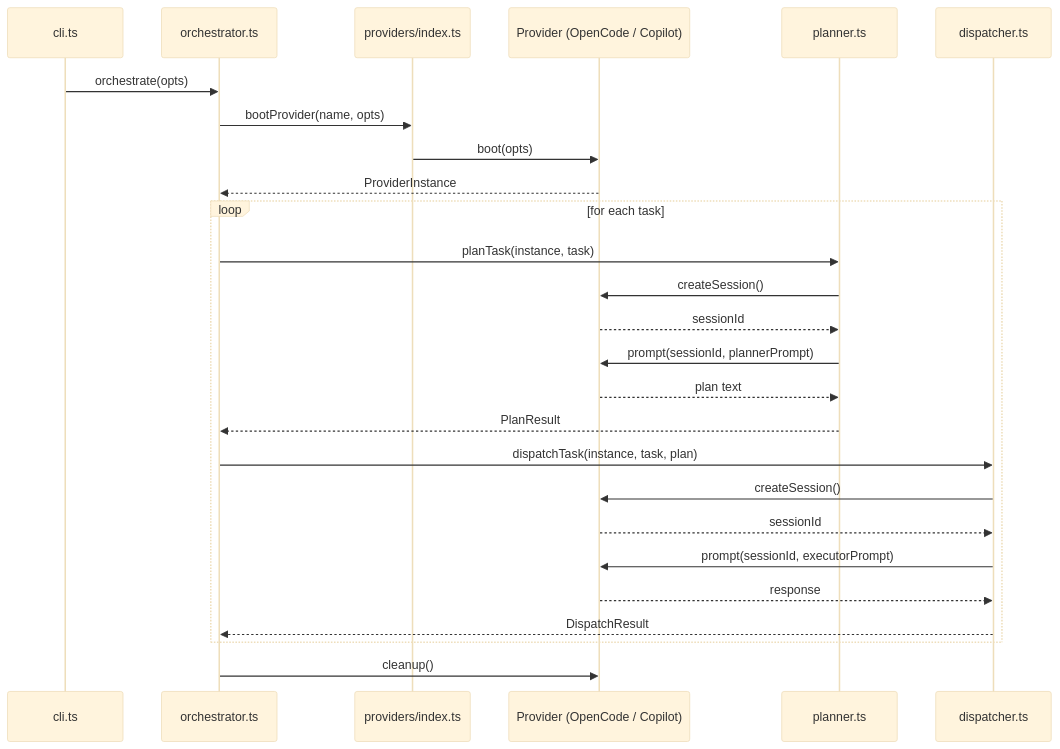
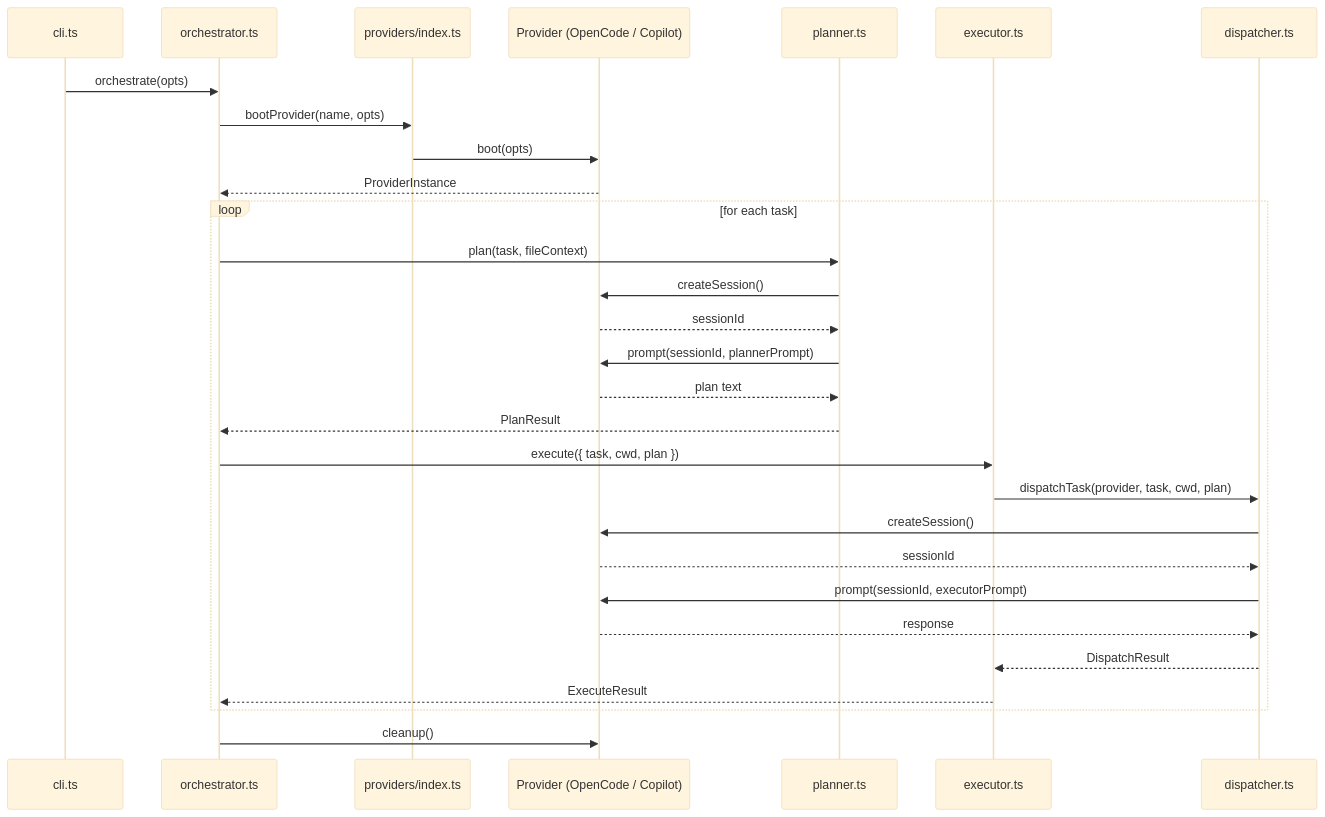
Before and after one commit to PatrickRuddiman/Dispatch: the fifth of 5 diagrams in docs/architecture.md, drawn with Mermaid (base theme). The commit also changed other lines of this file, not shown here.

Commit message:
docs: update architecture to reflect Orchestrator → Planner → Executor pipeline

````diff
--- a/docs/architecture.md
+++ b/docs/architecture.md
@@ -227,32 +230,35 @@
 ```mermaid
 sequenceDiagram
     participant CLI as cli.ts
     participant Orch as orchestrator.ts
     participant Reg as providers/index.ts
     participant Prov as Provider (OpenCode / Copilot)
     participant Plan as planner.ts
+    participant Exec as executor.ts
     participant Disp as dispatcher.ts
 
     CLI->>Orch: orchestrate(opts)
     Orch->>Reg: bootProvider(name, opts)
     Reg->>Prov: boot(opts)
     Prov-->>Orch: ProviderInstance
 
     loop for each task
-        Orch->>Plan: planTask(instance, task)
+        Orch->>Plan: plan(task, fileContext)
         Plan->>Prov: createSession()
         Prov-->>Plan: sessionId
         Plan->>Prov: prompt(sessionId, plannerPrompt)
         Prov-->>Plan: plan text
         Plan-->>Orch: PlanResult
 
-        Orch->>Disp: dispatchTask(instance, task, plan)
+        Orch->>Exec: execute({ task, cwd, plan })
+        Exec->>Disp: dispatchTask(provider, task, cwd, plan)
         Disp->>Prov: createSession()
         Prov-->>Disp: sessionId
         Disp->>Prov: prompt(sessionId, executorPrompt)
         Prov-->>Disp: response
-        Disp-->>Orch: DispatchResult
+        Disp-->>Exec: DispatchResult
+        Exec-->>Orch: ExecuteResult
     end
 
     Orch->>Prov: cleanup()
 ```
````
